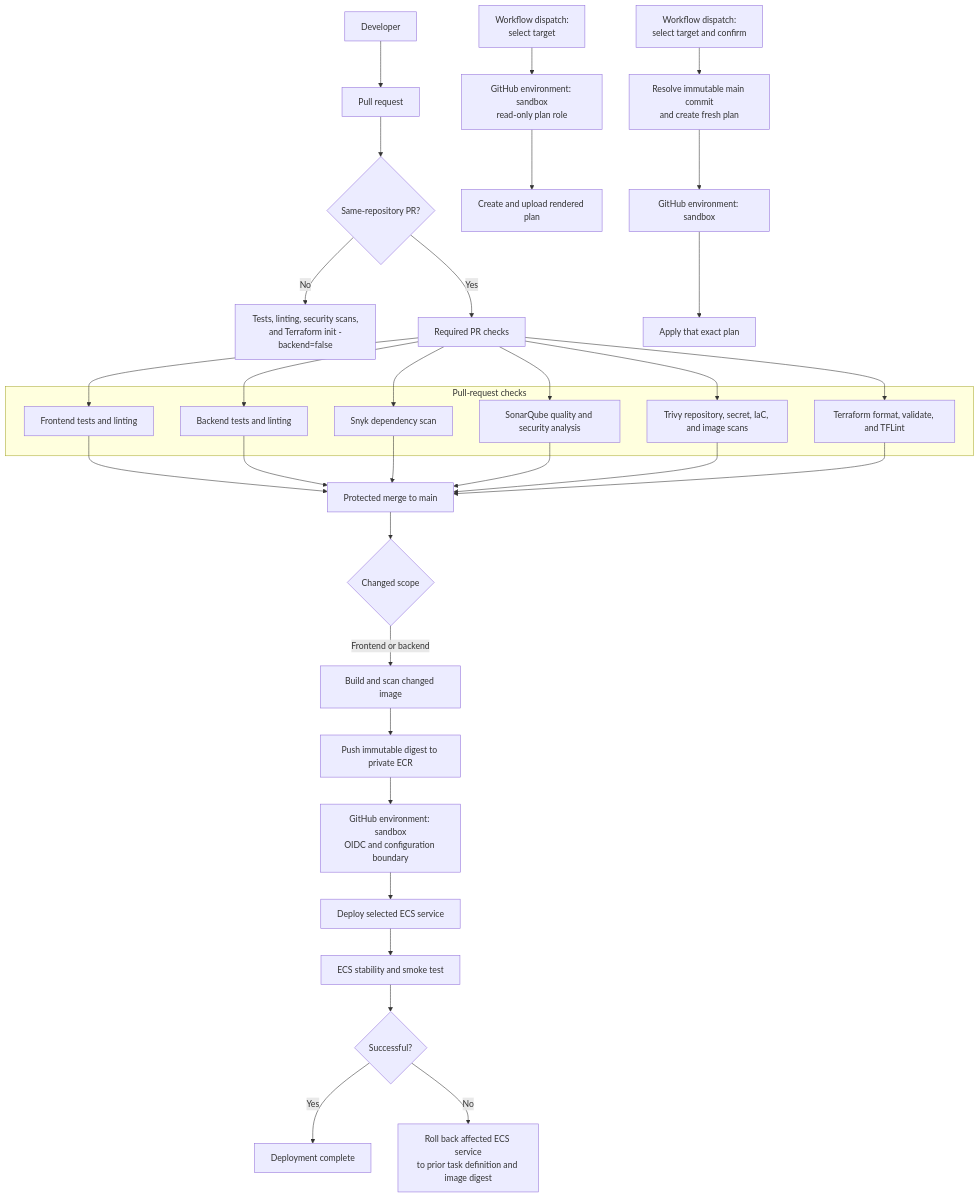
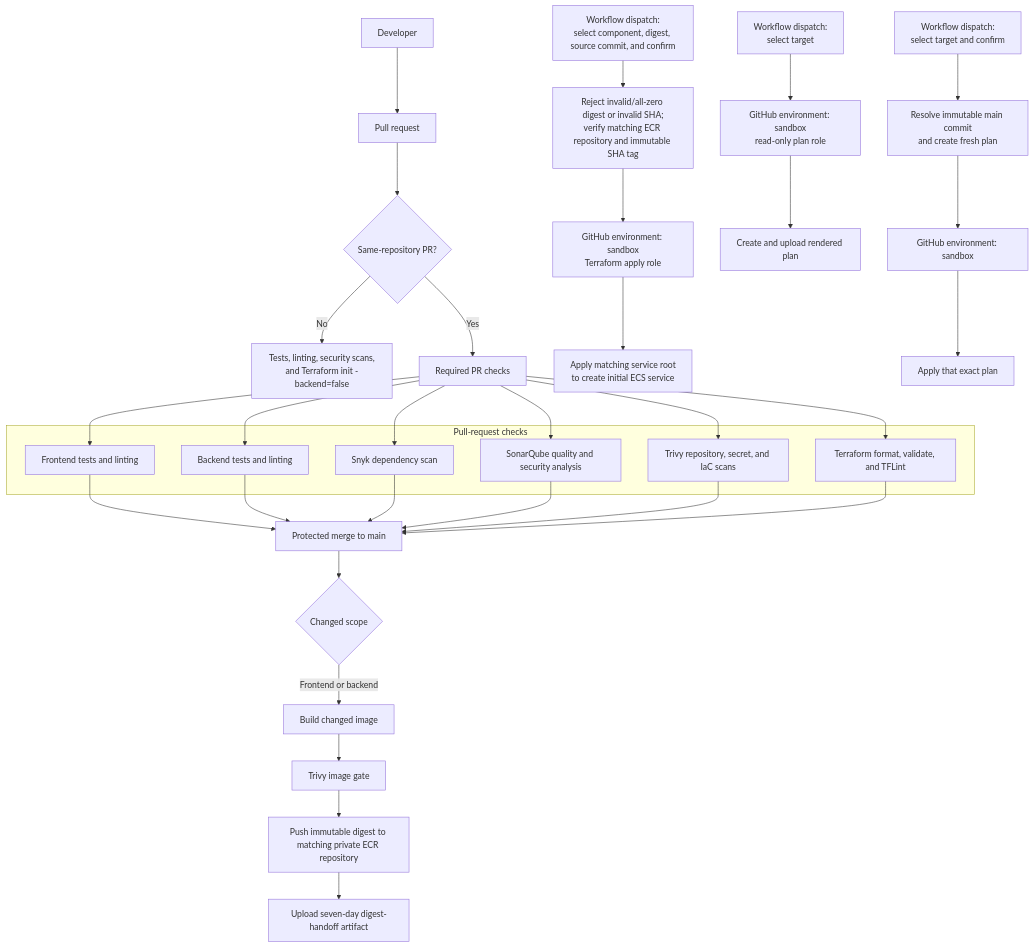
The diagram in docs/diagrams/cicd.mmd (afaryy/happy-post), drawn with Mermaid before and after one commit. The commit also changed 13 other files, not shown here.

Commit message:
feat: add immutable image publication and service bootstrap

```diff
--- a/docs/diagrams/cicd.mmd
+++ b/docs/diagrams/cicd.mmd
@@ -1,43 +1,42 @@
 flowchart TB
     developer[Developer] --> pr[Pull request]
     pr --> same_repo{Same-repository PR?}
     same_repo -->|No| fork_validation[Tests, linting, security scans,<br/>and Terraform init -backend=false]
     same_repo -->|Yes| checks_start[Required PR checks]
 
     subgraph pull_request_checks[Pull-request checks]
         frontend_ci[Frontend tests and linting]
         backend_ci[Backend tests and linting]
         snyk[Snyk dependency scan]
         sonar[SonarQube quality and security analysis]
-        trivy[Trivy repository, secret, IaC, and image scans]
+        trivy[Trivy repository, secret, and IaC scans]
         terraform_checks[Terraform format, validate, and TFLint]
     end
 
     checks_start --> frontend_ci
     checks_start --> backend_ci
     checks_start --> snyk
     checks_start --> sonar
     checks_start --> trivy
     checks_start --> terraform_checks
     frontend_ci --> merge[Protected merge to main]
     backend_ci --> merge
     snyk --> merge
     sonar --> merge
     trivy --> merge
     terraform_checks --> merge
 
     merge --> change{Changed scope}
-    change -->|Frontend or backend| build[Build and scan changed image]
-    build --> ecr[Push immutable digest to private ECR]
-    ecr --> sandbox[GitHub environment: sandbox<br/>OIDC and configuration boundary]
-    sandbox --> action[Deploy selected ECS service]
-    action --> verification[ECS stability and smoke test]
-    verification --> result{Successful?}
-    result -->|Yes| complete[Deployment complete]
-    result -->|No| rollback[Roll back affected ECS service<br/>to prior task definition and image digest]
+    change -->|Frontend or backend| build[Build changed image]
+    build --> image_trivy[Trivy image gate]
+    image_trivy --> ecr[Push immutable digest to matching private ECR repository]
+    ecr --> handoff[Upload seven-day digest-handoff artifact]
+    manual_bootstrap[Workflow dispatch:<br/>select component, digest, source commit, and confirm] --> validate_digest[Reject invalid/all-zero digest or invalid SHA;<br/>verify matching ECR repository and immutable SHA tag]
+    validate_digest --> bootstrap_sandbox[GitHub environment: sandbox<br/>Terraform apply role]
+    bootstrap_sandbox --> bootstrap[Apply matching service root<br/>to create initial ECS service]
 
     manual_plan[Workflow dispatch:<br/>select target] --> plan_sandbox[GitHub environment: sandbox<br/>read-only plan role]
     plan_sandbox --> rendered_plan[Create and upload rendered plan]
     manual_apply[Workflow dispatch:<br/>select target and confirm] --> fresh_plan[Resolve immutable main commit<br/>and create fresh plan]
     fresh_plan --> terraform_sandbox[GitHub environment: sandbox]
     terraform_sandbox --> apply[Apply that exact plan]
```
